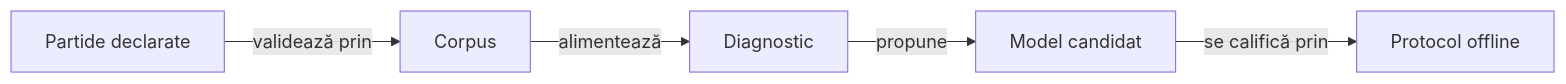
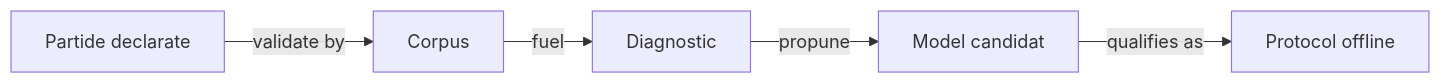
One commit to crististefanita/atf_j4 changed the diagram in whist-lab-app/ai-lab/tools/README.md. Above: the diagram before and after it, drawn with Mermaid. The commit also changed other lines of this file and 122 other files, not shown here.

````diff
--- a/whist-lab-app/ai-lab/tools/README.md
+++ b/whist-lab-app/ai-lab/tools/README.md
@@ -11,7 +11,7 @@
 ```mermaid
 flowchart LR
-    GAMES[Partide declarate] -->|validează prin| CORPUS[Corpus]
-    CORPUS -->|alimentează| ANALYSIS[Diagnostic]
+    GAMES[Partide declarate] -->|validate by| CORPUS[Corpus]
+    CORPUS -->|fuel| ANALYSIS[Diagnostic]
     ANALYSIS -->|propune| MODEL[Model candidat]
-    MODEL -->|se califică prin| GATE[Protocol offline]
+    MODEL -->|qualifies as| GATE[Protocol offline]
 ```
````
